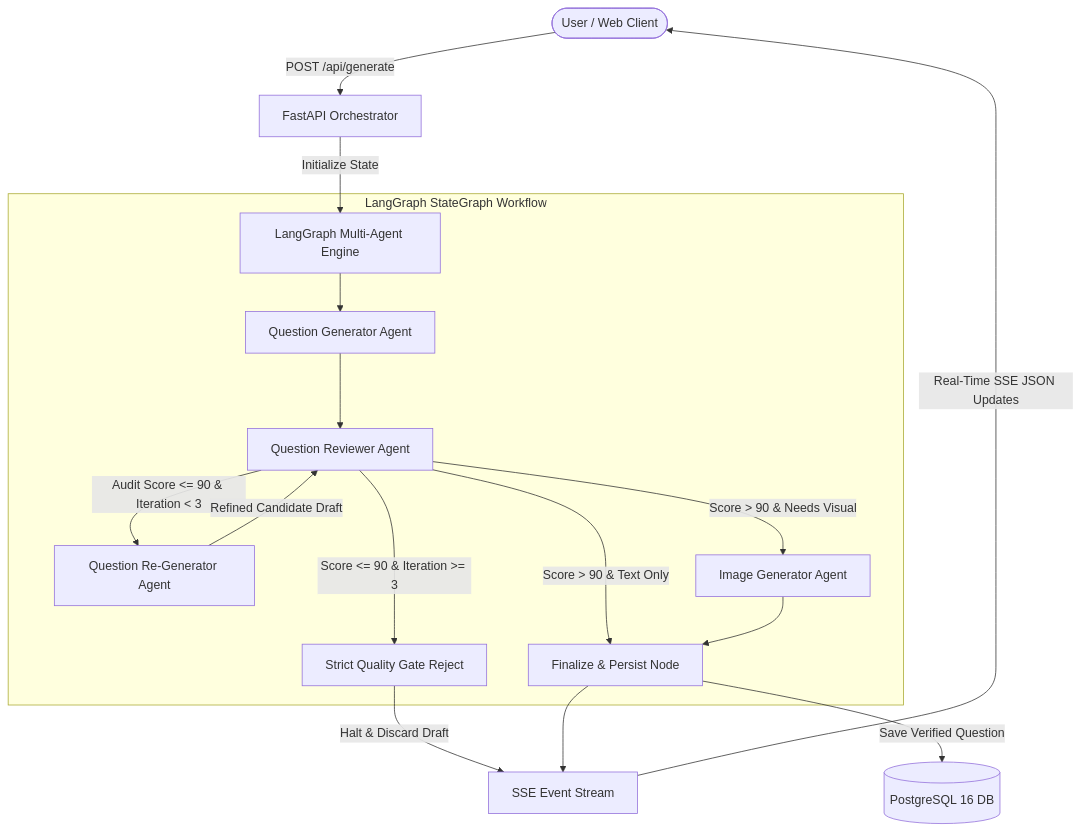
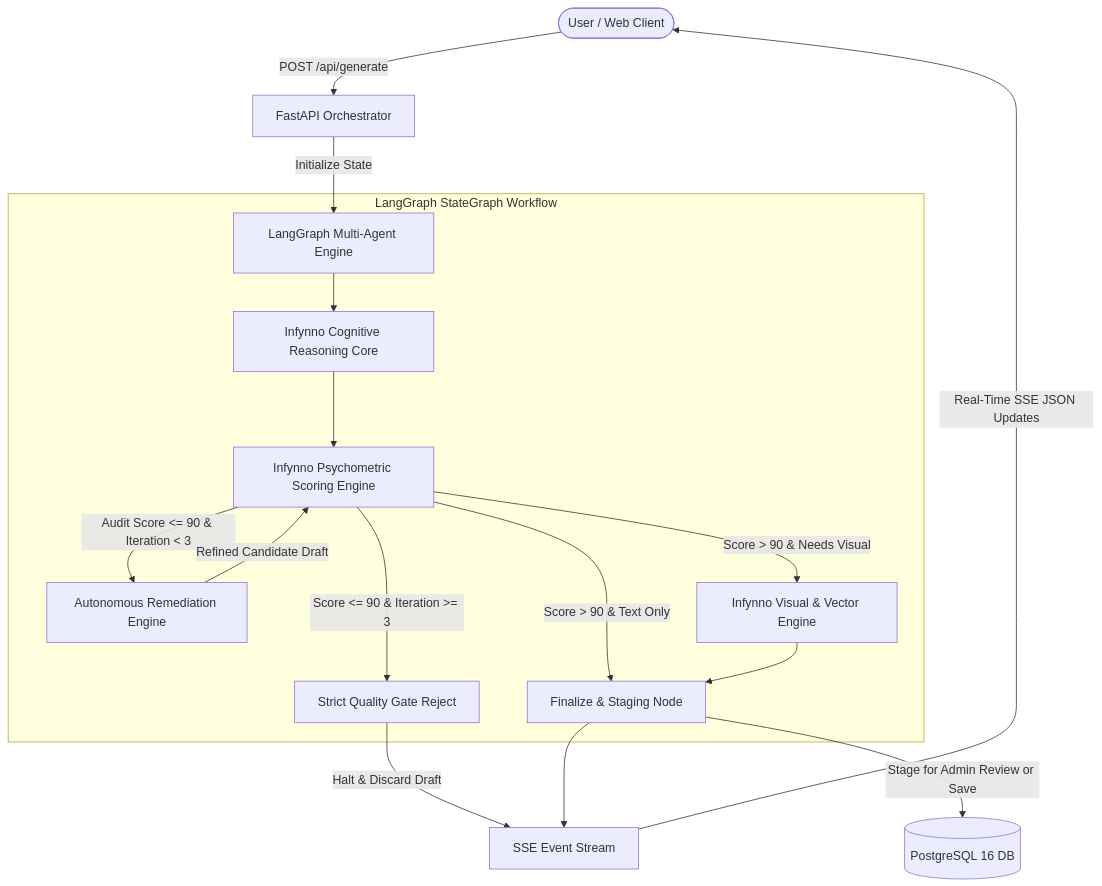
One commit to VishwamPatel-Infynno/MCAT-Question-Bank-Generator changed the first of 4 diagrams in docs/ARCHITECTURE.md. Above: the diagram before and after it, drawn with Mermaid. The commit also changed other lines of this file and 6 other files, not shown here.

````diff
--- a/docs/ARCHITECTURE.md
+++ b/docs/ARCHITECTURE.md
@@ -11,24 +13,24 @@
 ```mermaid
 graph TD
     User([User / Web Client]) -->|POST /api/generate| API[FastAPI Orchestrator]
     API -->|Initialize State| Graph[LangGraph Multi-Agent Engine]
     
     subgraph "LangGraph StateGraph Workflow"
-        Graph --> NodeGen[Question Generator Agent]
-        NodeGen --> NodeRev[Question Reviewer Agent]
+        Graph --> NodeGen[Infynno Cognitive Reasoning Core]
+        NodeGen --> NodeRev[Infynno Psychometric Scoring Engine]
         
-        NodeRev -->|Audit Score <= 90 & Iteration < 3| NodeRegen[Question Re-Generator Agent]
+        NodeRev -->|Audit Score <= 90 & Iteration < 3| NodeRegen[Autonomous Remediation Engine]
         NodeRegen -->|Refined Candidate Draft| NodeRev
         
         NodeRev -->|Score <= 90 & Iteration >= 3| NodeReject[Strict Quality Gate Reject]
         
-        NodeRev -->|Score > 90 & Needs Visual| NodeImg[Image Generator Agent]
-        NodeRev -->|Score > 90 & Text Only| NodeFin[Finalize & Persist Node]
+        NodeRev -->|Score > 90 & Needs Visual| NodeImg[Infynno Visual & Vector Engine]
+        NodeRev -->|Score > 90 & Text Only| NodeFin[Finalize & Staging Node]
         NodeImg --> NodeFin
     end
 
     NodeReject -->|Halt & Discard Draft| SSEStream[SSE Event Stream]
-    NodeFin -->|Save Verified Question| PG[(PostgreSQL 16 DB)]
+    NodeFin -->|Stage for Admin Review or Save| PG[(PostgreSQL 16 DB)]
     NodeFin --> SSEStream
     SSEStream -->|Real-Time SSE JSON Updates| User
 ```
````
